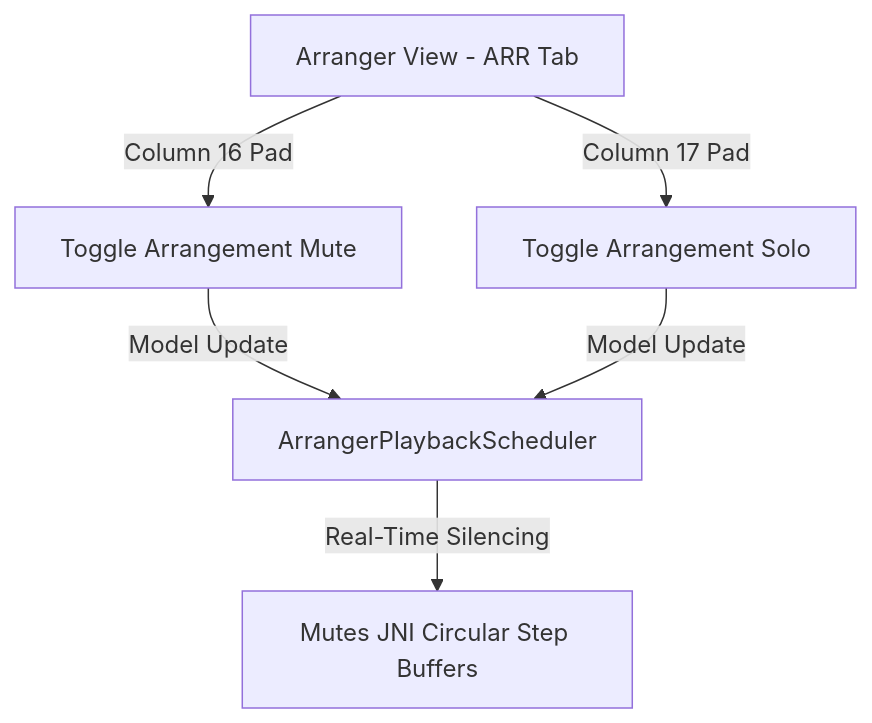
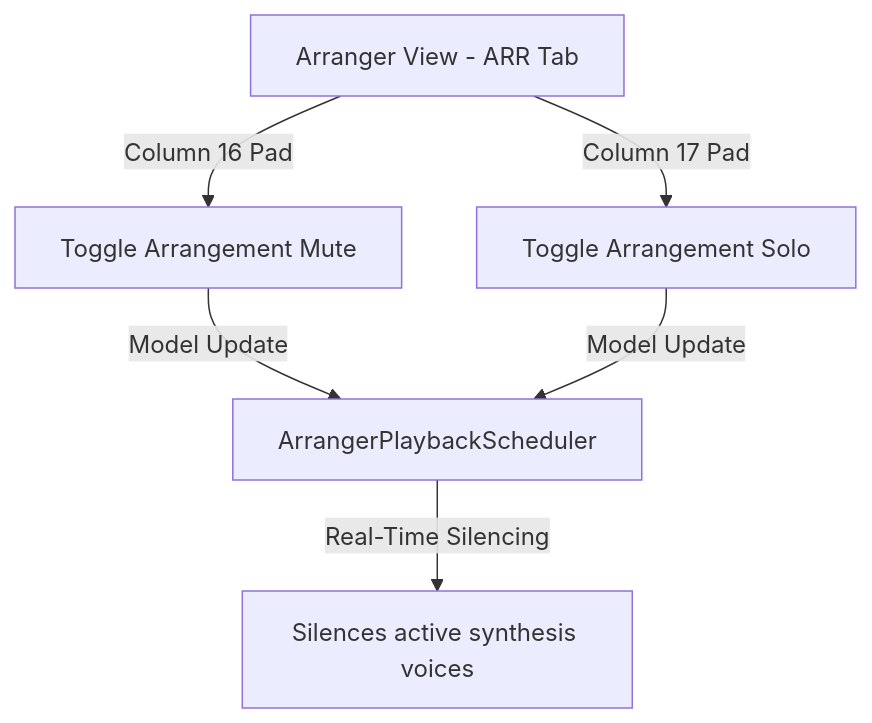
The sixth of 6 diagrams in src/main/resources/docs/DELUGE_GUIDEBOOK.md (trudaine/deluje), drawn with Mermaid before and after one commit. The commit also changed other lines of this file, not shown here.

Commit message:
Doc: Audit User Guide Chapters 14.6 to end to remove JNI/ChucK, TODO items, and superlatives

````diff
--- a/src/main/resources/docs/DELUGE_GUIDEBOOK.md
+++ b/src/main/resources/docs/DELUGE_GUIDEBOOK.md
@@ -1824,8 +1799,8 @@
 ```mermaid
 graph TD
     A[Arranger View - ARR Tab] -->|Column 16 Pad| B[Toggle Arrangement Mute]
     A -->|Column 17 Pad| C[Toggle Arrangement Solo]
     B -->|Model Update| D[ArrangerPlaybackScheduler]
     C -->|Model Update| D
-    D -->|Real-Time Silencing| E[Mutes JNI Circular Step Buffers]
+    D -->|Real-Time Silencing| E[Silences active synthesis voices]
 ```
````
